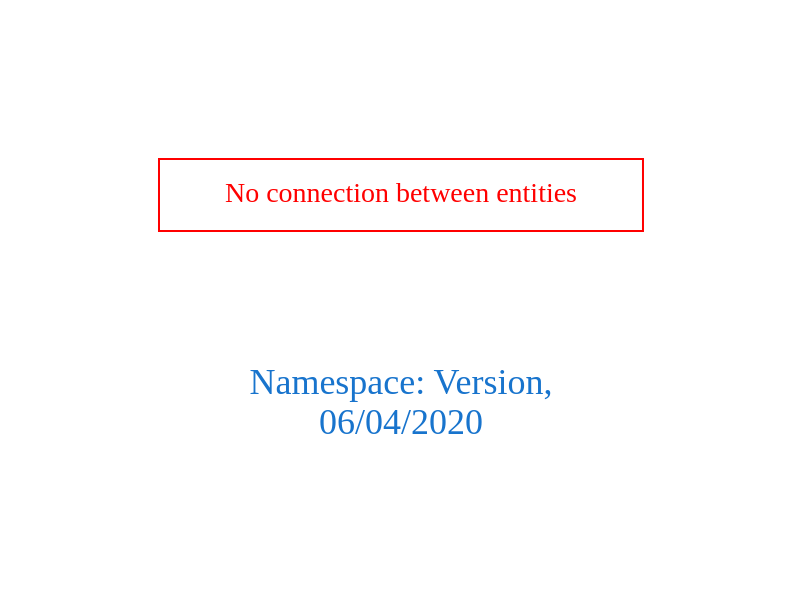
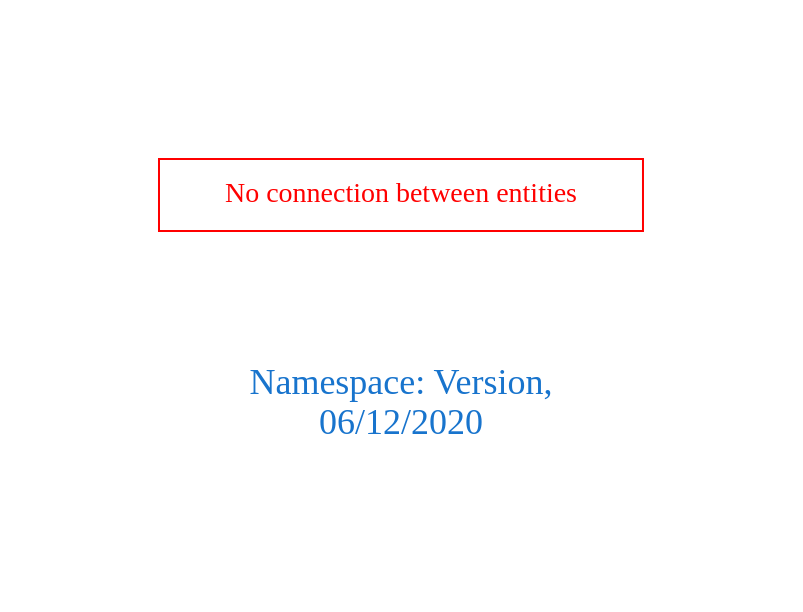
Before and after one commit to arago/OGIT: the diagram in downloads/Version.dot, drawn with Graphviz. The commit also changed 1792 other files, not shown here.

```diff
--- a/downloads/Version.dot
+++ b/downloads/Version.dot
@@ -1,9 +1,9 @@
 digraph OGIT_ontology {
  graph [ rankdir= LR,pad=1 
 fontsize = 18,
-fontcolor= dodgerblue3,label = "\n\n\nNamespace: Version, \n 06/04/2020"];
+fontcolor= dodgerblue3,label = "\n\n\nNamespace: Version, \n 06/12/2020"];
 node[shape=polygon];
 edge [  color="gray81"];
 
 "No connection between entities" [fontcolor = "red",color="red", shape="polygon"]
 }
```
